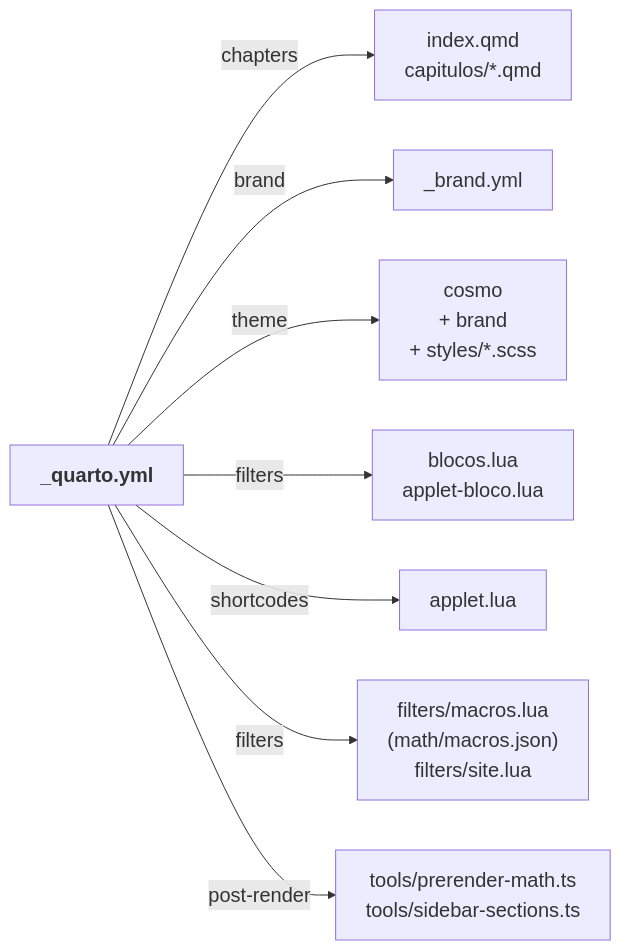
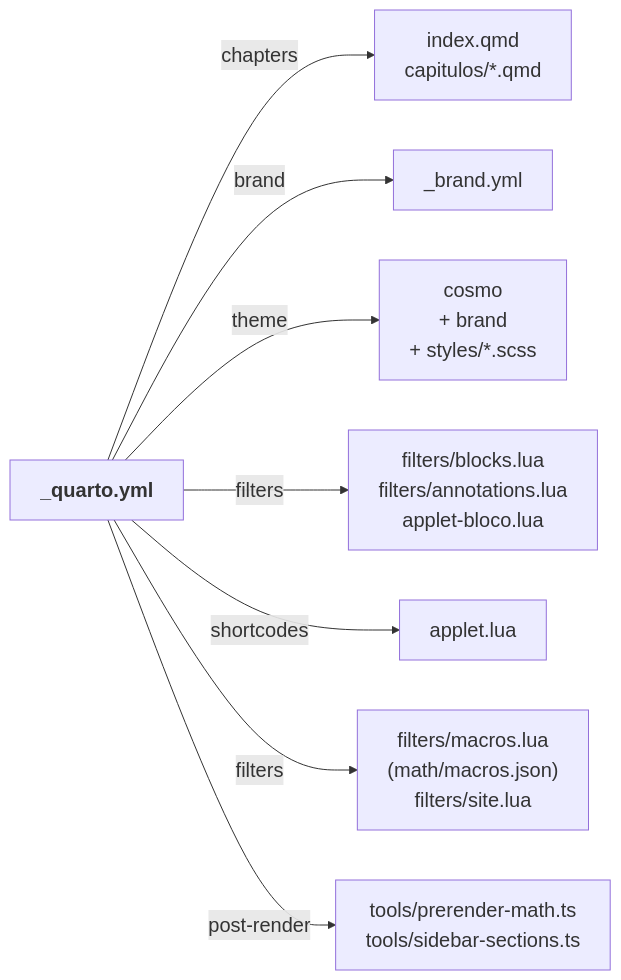
Before and after one commit to lcmerlo/livro-online-fcg: the second of 9 diagrams in _interno/diretrizes/arquitetura.md, drawn with Mermaid. The commit also changed other lines of this file and 7 other files, not shown here.

````diff
--- a/_interno/diretrizes/arquitetura.md
+++ b/_interno/diretrizes/arquitetura.md
@@ -286,12 +292,12 @@
 ```mermaid
 %%{init: {"themeVariables": {"fontSize": "20px"}, "flowchart": {"wrappingWidth": 420}}}%%
 flowchart LR
     quarto["<b>_quarto.yml</b>"]
     quarto -->|"chapters"| caps["index.qmd<br/>capitulos/*.qmd"]
     quarto -->|"brand"| brand["_brand.yml"]
     quarto -->|"theme"| tema["cosmo<br/>+ brand<br/>+ styles/*.scss"]
-    quarto -->|"filters"| blocos["blocos.lua<br/>applet-bloco.lua"]
+    quarto -->|"filters"| blocos["filters/blocks.lua<br/>filters/annotations.lua<br/>applet-bloco.lua"]
     quarto -->|"shortcodes"| appletlua["applet.lua"]
     quarto -->|"filters"| macros["filters/macros.lua<br/>(math/macros.json)<br/>filters/site.lua"]
     quarto -->|"post-render"| pre["tools/prerender-math.ts<br/>tools/sidebar-sections.ts"]
 ```
````
